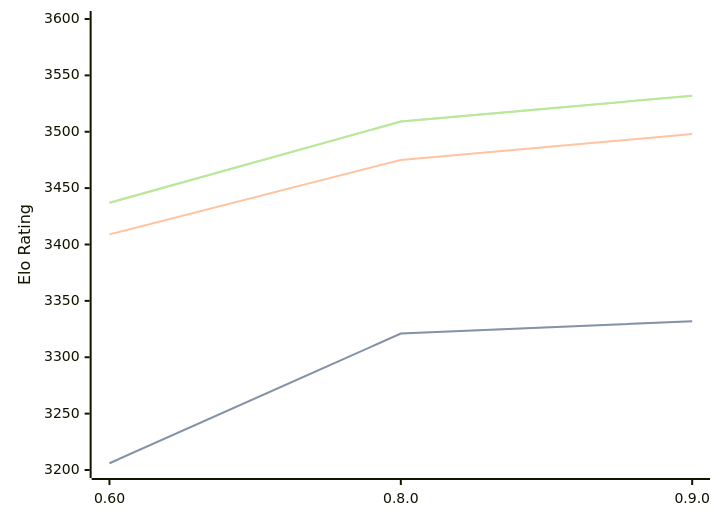
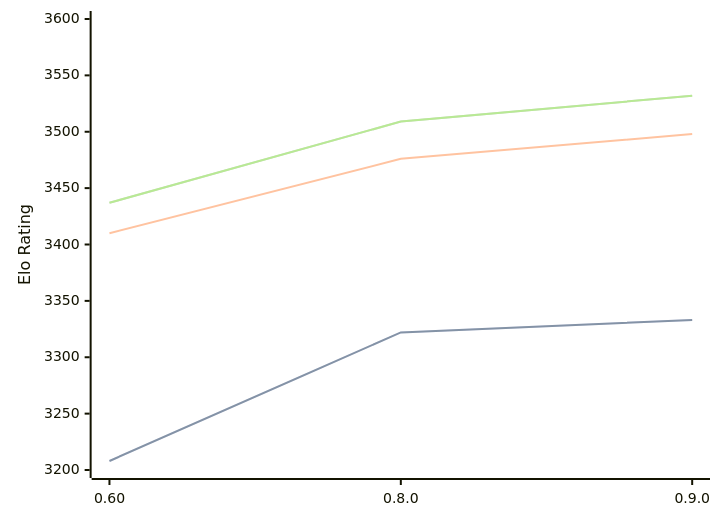
The diagram in engines/Motor.md (computer-chess-index/cci), drawn with Mermaid before and after one commit. The commit also changed other lines of this file, not shown here.

````diff
--- a/engines/Motor.md
+++ b/engines/Motor.md
@@ -33,11 +33,11 @@
 ```mermaid
 %%{init: {"theme":"base","themeVariables":{"seriesColors:['#a3a3a3','#222221','#faa371']}}}%%
 xychart-beta
   x-axis ["0.60", "0.8.0", "0.9.0"]
   y-axis "Elo Rating" 3200 --> 3600
-  line "STC (8.0+0.08s)" [3206, 3321, 3332]
-  line "STC (8.0+0.08s)" [3206, 3321, 3332]
-  line "LTC (60.0+0.60s)" [3409, 3475, 3498]
+  line "STC (8.0+0.08s)" [3208, 3322, 3333]
+  line "STC (8.0+0.08s)" [3208, 3322, 3333]
+  line "LTC (60.0+0.60s)" [3410, 3476, 3498]
   line "VLTC (2m24s+1.12s)" [3437, 3509, 3532]
   line "VLTC (2m24s+1.12s)" [3437, 3509, 3532]
 ```
````
